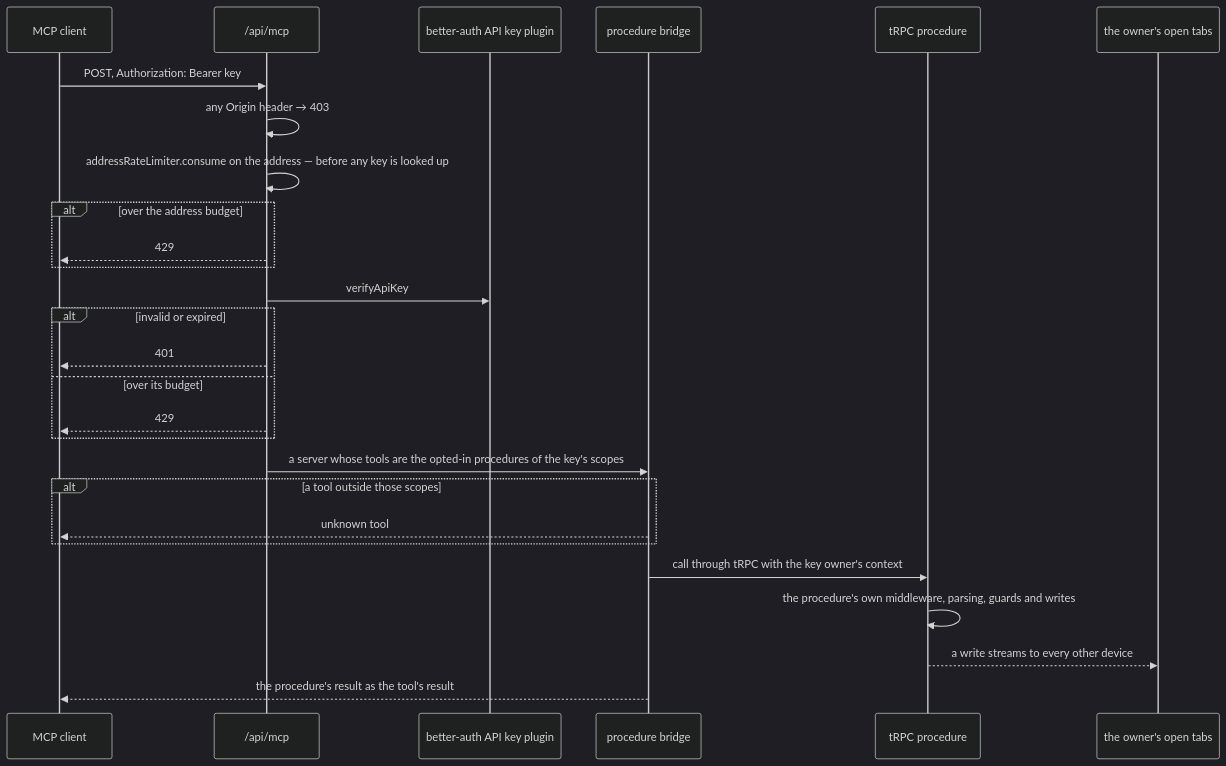
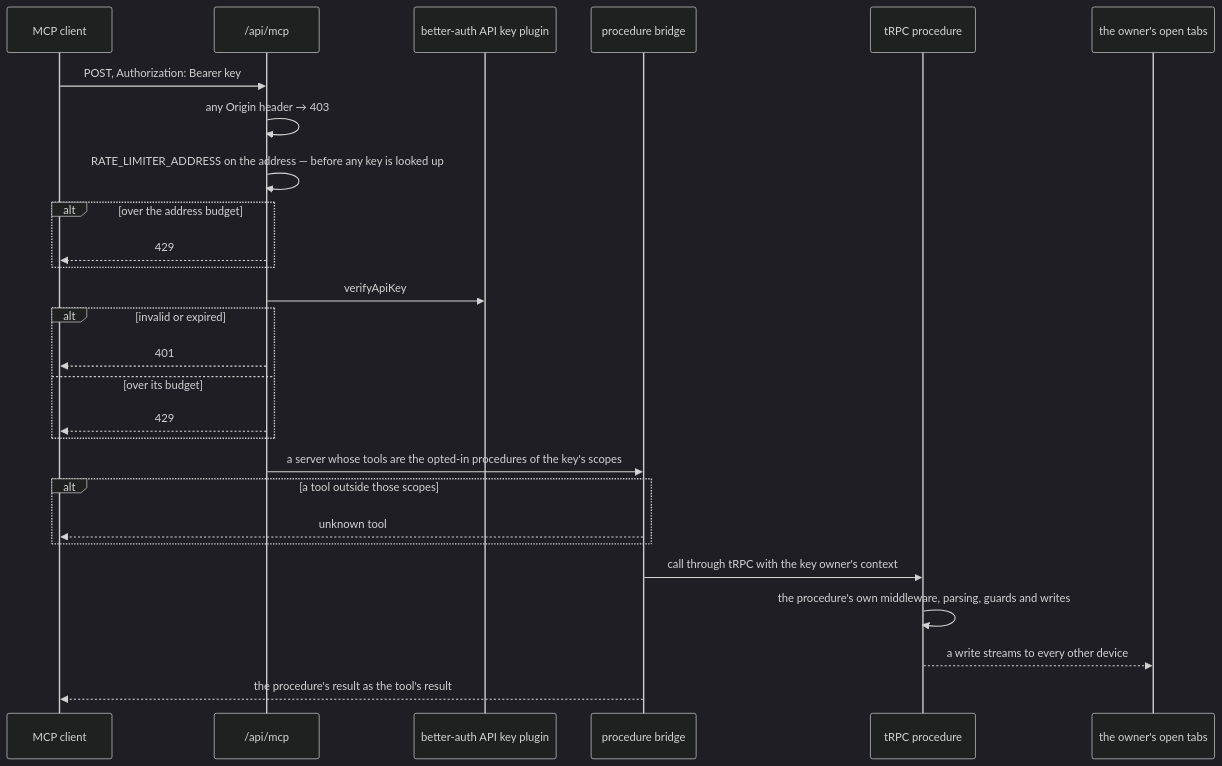
One commit to Esposter/Esposter changed the diagram in openspec/specs/architecture/agent-access/design.md. Above: the diagram before and after it, drawn with Mermaid (dark theme). The commit also changed 38 other files, not shown here.

````diff
--- a/openspec/specs/architecture/agent-access/design.md
+++ b/openspec/specs/architecture/agent-access/design.md
@@ -24,30 +24,30 @@
 ```mermaid
 sequenceDiagram
   participant S as MCP client
   participant R as /api/mcp
   participant K as better-auth API key plugin
   participant B as procedure bridge
   participant P as tRPC procedure
   participant O as the owner's open tabs
 
   S->>R: POST, Authorization: Bearer key
   R->>R: any Origin header → 403
-  R->>R: addressRateLimiter.consume on the address — before any key is looked up
+  R->>R: RATE_LIMITER_ADDRESS on the address — before any key is looked up
   alt over the address budget
     R-->>S: 429
   end
   R->>K: verifyApiKey
   alt invalid or expired
     R-->>S: 401
   else over its budget
     R-->>S: 429
   end
   R->>B: a server whose tools are the opted-in procedures of the key's scopes
   alt a tool outside those scopes
     B-->>S: unknown tool
   end
   B->>P: call through tRPC with the key owner's context
   P->>P: the procedure's own middleware, parsing, guards and writes
   P-->>O: a write streams to every other device
   B-->>S: the procedure's result as the tool's result
 ```
````
